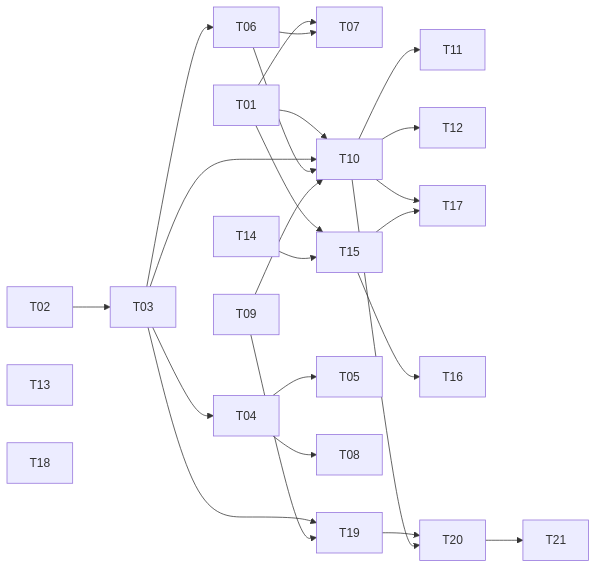
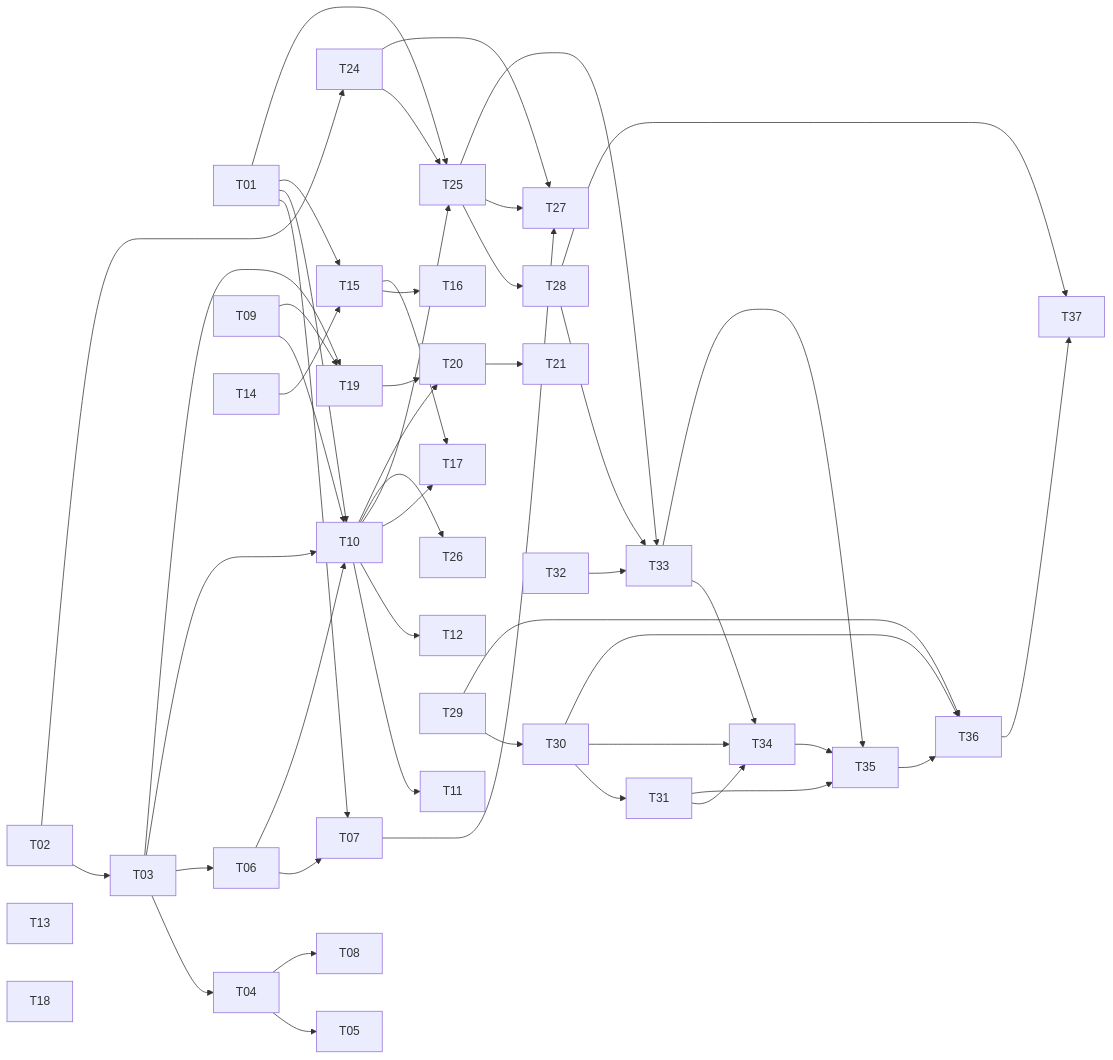
The diagram in docs/projeto-retencoes-v2/README.md (euclideslaurindo/sistema-empenho-financeiro), drawn with Mermaid before and after one commit. The commit also changed other lines of this file and 33 other files, not shown here.

````diff
--- a/docs/projeto-retencoes-v2/README.md
+++ b/docs/projeto-retencoes-v2/README.md
@@ -149,22 +250,45 @@
 ```mermaid
 flowchart LR
   T01 --> T07
   T01 --> T10
   T01 --> T15
+  T01 --> T25
   T02 --> T03 --> T04 --> T05
+  T02 --> T24
   T03 --> T06 --> T07
   T04 --> T08
   T03 --> T10
   T06 --> T10
   T09 --> T10 --> T11
   T10 --> T12
   T10 --> T17
+  T10 --> T25
+  T10 --> T26
+  T24 --> T25 --> T28
+  T24 --> T27
+  T25 --> T27
+  T07 --> T27
   T14 --> T15 --> T16
   T15 --> T17
   T03 --> T19
   T09 --> T19
   T19 --> T20 --> T21
   T10 --> T20
   T13
   T18
+  T29 --> T30 --> T31
+  T30 --> T34
+  T31 --> T34
+  T31 --> T35
+  T32 --> T33
+  T25 --> T33
+  T28 --> T33
+  T28 --> T37
+  T30 --> T36
+  T33 --> T34
+  T33 --> T35
+  T34 --> T35
+  T29 --> T36
+  T35 --> T36
+  T36 --> T37
 ```
````
